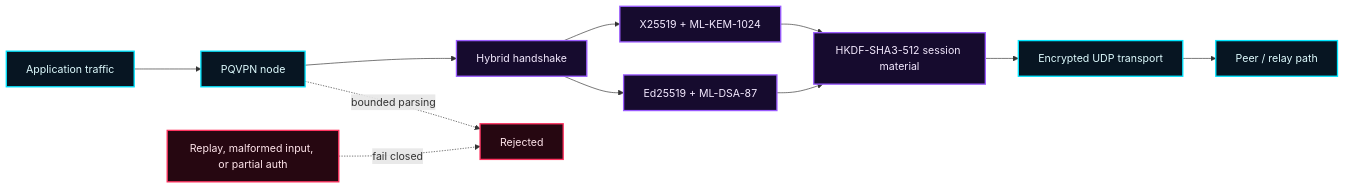
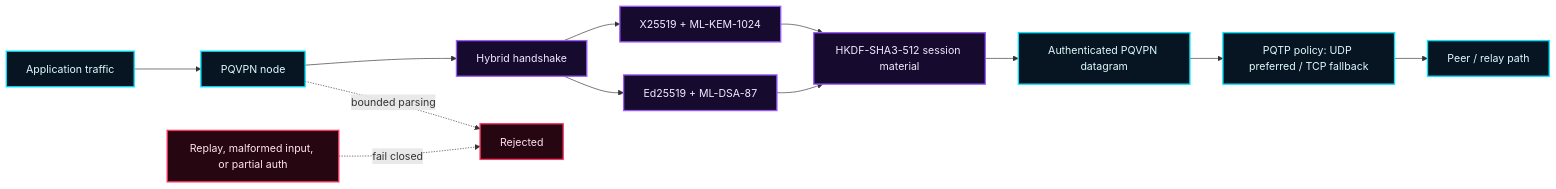
The diagram in README.md (tadaka9/PQVPN), drawn with Mermaid before and after one commit. The commit also changed other lines of this file and 8 other files, not shown here.

Commit message:
Add adaptive transport policy and GUI controls

````diff
--- a/README.md
+++ b/README.md
@@ -78,20 +79,21 @@
 ```mermaid
 flowchart LR
     A["Application traffic"] --> B["PQVPN node"]
     B --> C["Hybrid handshake"]
     C --> D["X25519 + ML-KEM-1024"]
     C --> E["Ed25519 + ML-DSA-87"]
     D --> F["HKDF-SHA3-512 session material"]
     E --> F
-    F --> G["Encrypted UDP transport"]
-    G --> H["Peer / relay path"]
+    F --> G["Authenticated PQVPN datagram"]
+    G --> P["PQTP policy: UDP preferred / TCP fallback"]
+    P --> H["Peer / relay path"]
     I["Replay, malformed input, or partial auth"] -. "fail closed" .-> X["Rejected"]
     B -. "bounded parsing" .-> X
 
     classDef node fill:#071522,stroke:#00e5ff,color:#dffcff,stroke-width:2px;
     classDef crypto fill:#160b2e,stroke:#9b5cff,color:#f4eaff,stroke-width:2px;
     classDef threat fill:#260711,stroke:#ff335f,color:#ffe5eb,stroke-width:2px;
     class A,B,G,H node;
     class C,D,E,F crypto;
     class I,X threat;
 ```
````
